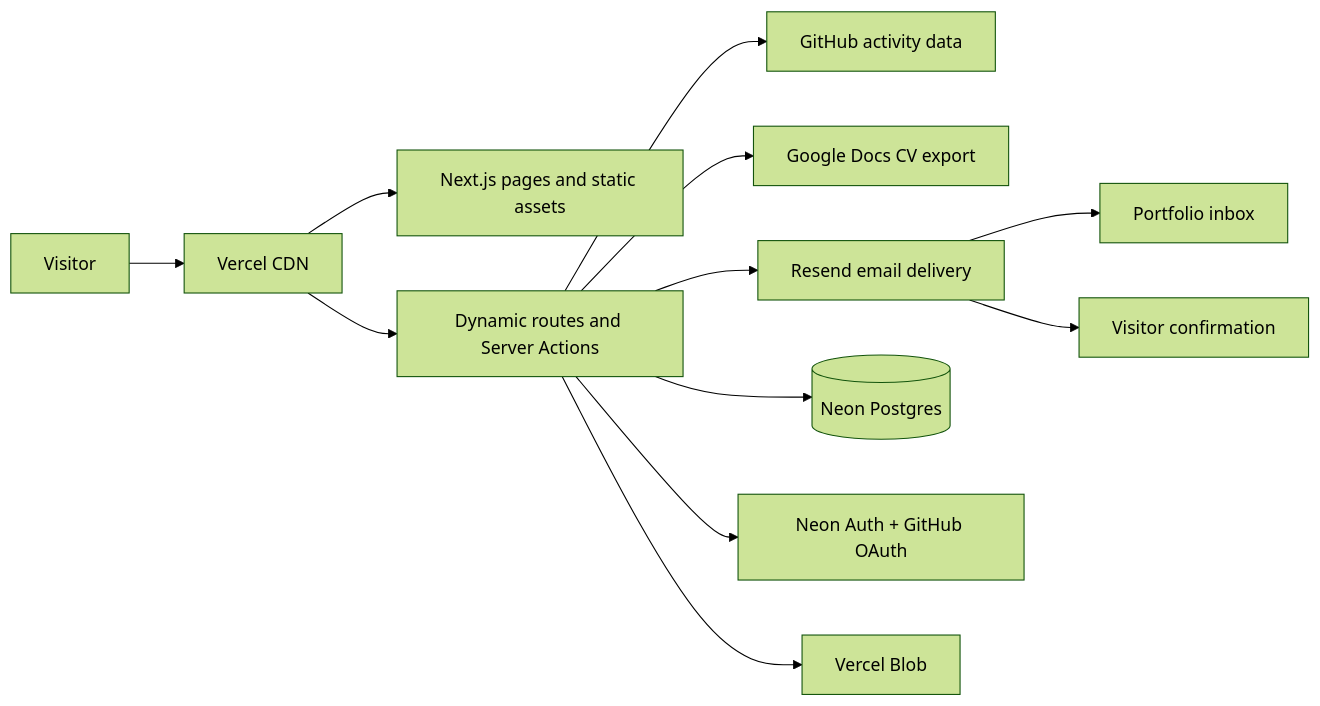
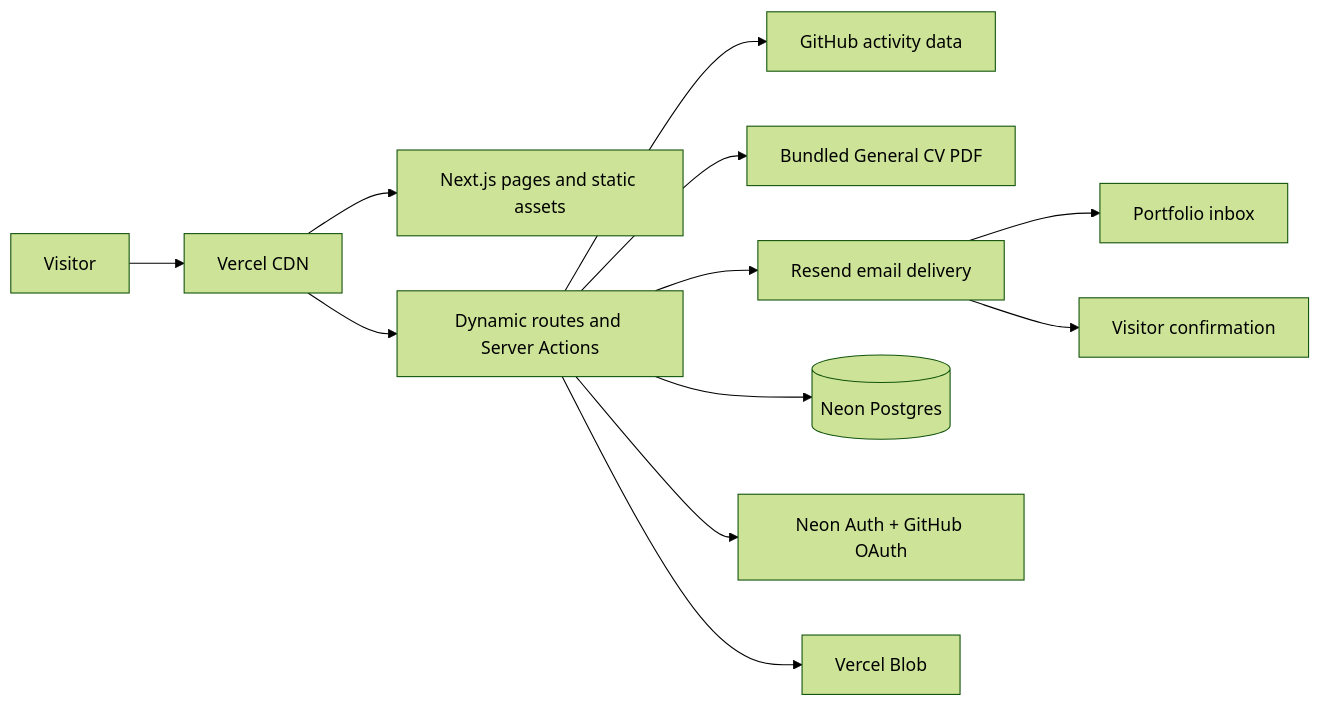
One commit to dattk2002/dattk2002-portfolio-nextjs changed the diagram in README.md. Above: the diagram before and after it, drawn with Mermaid (forest theme). The commit also changed other lines of this file and 1 other file, not shown here.

Commit message:
docs(cv): describe validated local PDF delivery

````diff
--- a/README.md
+++ b/README.md
@@ -38,14 +38,14 @@
 ```mermaid
 flowchart LR
     Visitor[Visitor] --> CDN[Vercel CDN]
     CDN --> Pages[Next.js pages and static assets]
     CDN --> Functions[Dynamic routes and Server Actions]
     Functions --> GitHub[GitHub activity data]
-    Functions --> Docs[Google Docs CV export]
+    Functions --> PDF[Bundled General CV PDF]
     Functions --> Resend[Resend email delivery]
     Functions --> Neon[(Neon Postgres)]
     Functions --> Auth[Neon Auth + GitHub OAuth]
     Functions --> Blob[Vercel Blob]
     Resend --> Owner[Portfolio inbox]
     Resend --> Sender[Visitor confirmation]
 ```
````
